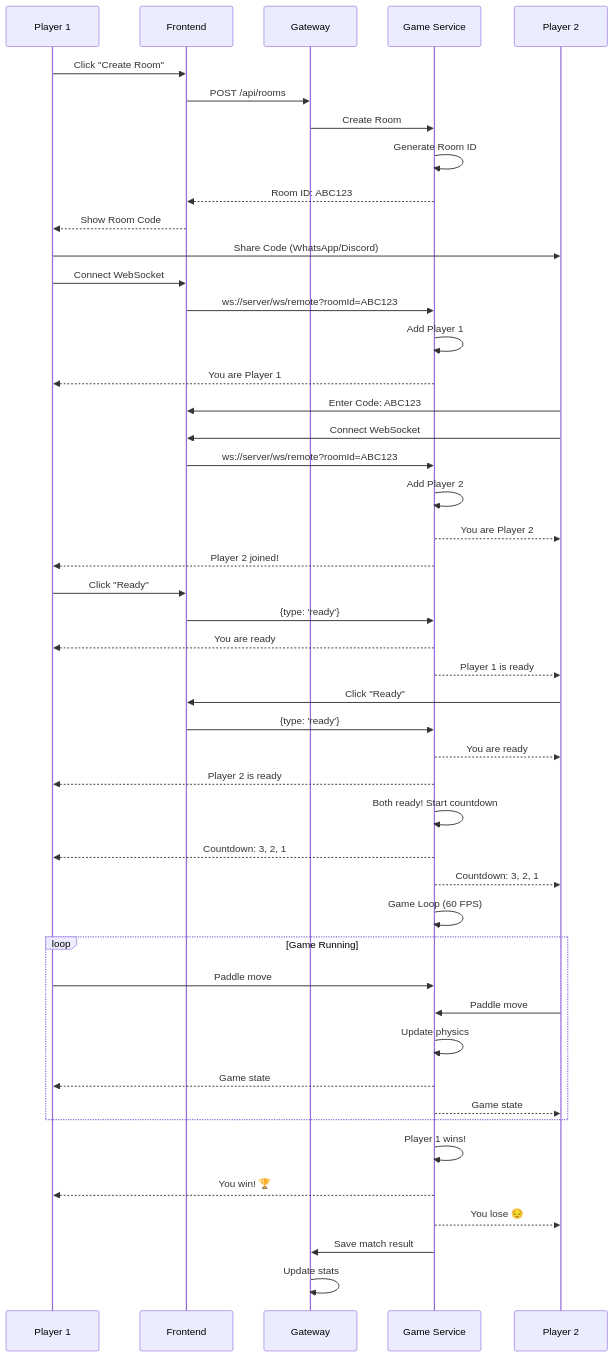
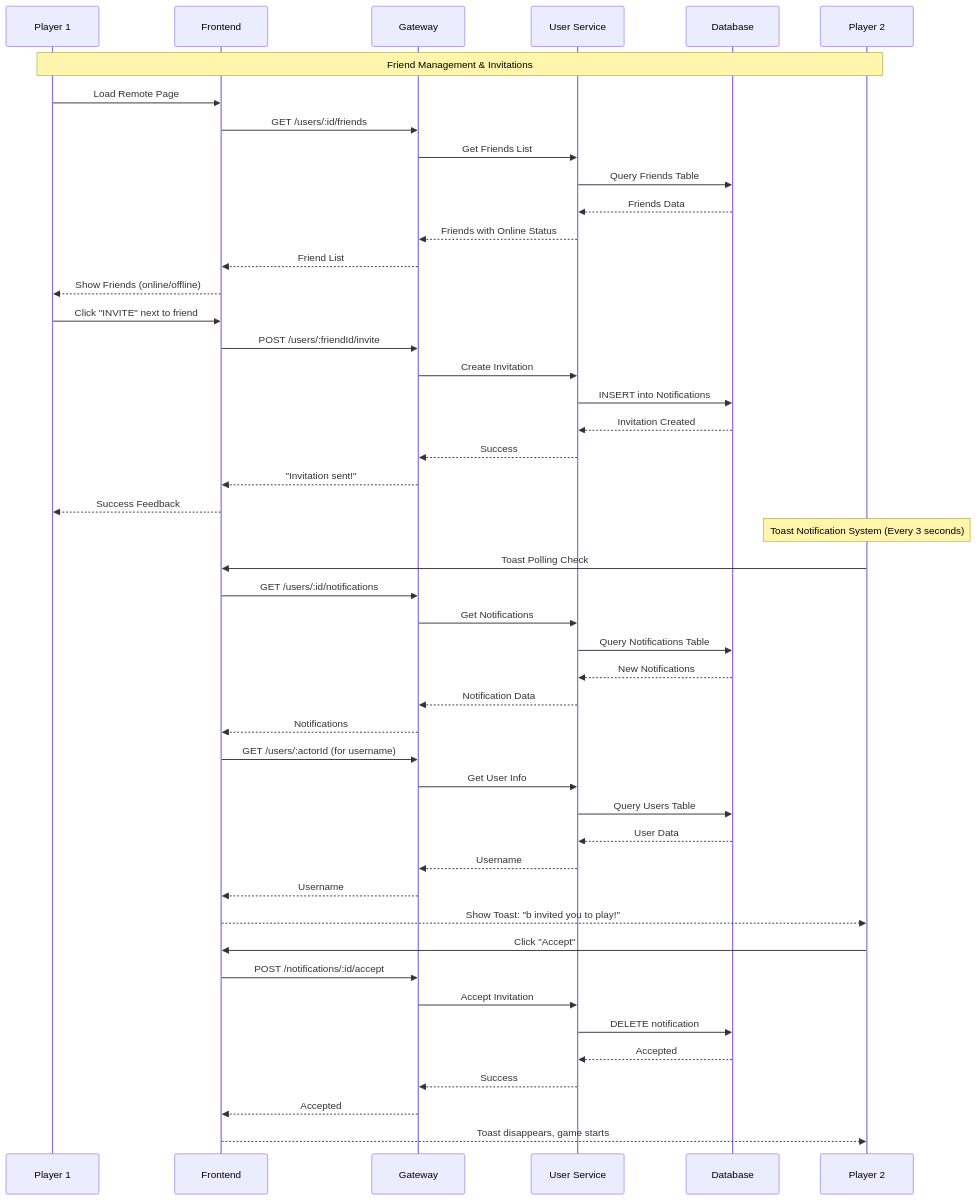
One commit to Zzzhenya/ft_transcnd changed the first of 2 diagrams in transcendence/docs/remote-player.md. Above: the diagram before and after it, drawn with Mermaid. The commit also changed other lines of this file, not shown here.

First line of the commit message:
docs(remote-player): comprehensive update with current status and TODO list

````diff
--- a/transcendence/docs/remote-player.md
+++ b/transcendence/docs/remote-player.md
@@ -265,59 +304,55 @@
 ```mermaid
 sequenceDiagram
     participant P1 as Player 1
     participant UI as Frontend
-    participant GW as Gateway
-    participant GS as Game Service
+    participant GW as Gateway  
+    participant US as User Service
+    participant DB as Database
     participant P2 as Player 2
     
-    P1->>UI: Click "Create Room"
-    UI->>GW: POST /api/rooms
-    GW->>GS: Create Room
-    GS->>GS: Generate Room ID
-    GS-->>UI: Room ID: ABC123
-    UI-->>P1: Show Room Code
+    Note over P1,P2: Friend Management & Invitations
     
-    P1->>P2: Share Code (WhatsApp/Discord)
+    P1->>UI: Load Remote Page
+    UI->>GW: GET /users/:id/friends
+    GW->>US: Get Friends List
+    US->>DB: Query Friends Table
+    DB-->>US: Friends Data
+    US-->>GW: Friends with Online Status
+    GW-->>UI: Friend List
+    UI-->>P1: Show Friends (online/offline)
     
-    P1->>UI: Connect WebSocket
-    UI->>GS: ws://server/ws/remote?roomId=ABC123
-    GS->>GS: Add Player 1
-    GS-->>P1: You are Player 1
+    P1->>UI: Click "INVITE" next to friend
+    UI->>GW: POST /users/:friendId/invite
+    GW->>US: Create Invitation
+    US->>DB: INSERT into Notifications
+    DB-->>US: Invitation Created
+    US-->>GW: Success
+    GW-->>UI: "Invitation sent!"
+    UI-->>P1: Success Feedback
     
-    P2->>UI: Enter Code: ABC123
-    P2->>UI: Connect WebSocket
-    UI->>GS: ws://server/ws/remote?roomId=ABC123
-    GS->>GS: Add Player 2
-    GS-->>P2: You are Player 2
-    GS-->>P1: Player 2 joined!
+    Note over P2: Toast Notification System (Every 3 seconds)
     
-    P1->>UI: Click "Ready"
-    UI->>GS: {type: 'ready'}
-    GS-->>P1: You are ready
-    GS-->>P2: Player 1 is ready
+    P2->>UI: Toast Polling Check
+    UI->>GW: GET /users/:id/notifications
+    GW->>US: Get Notifications
+    US->>DB: Query Notifications Table
+    DB-->>US: New Notifications
+    US-->>GW: Notification Data
+    GW-->>UI: Notifications
+    UI->>GW: GET /users/:actorId (for username)
+    GW->>US: Get User Info
+    US->>DB: Query Users Table
+    DB-->>US: User Data
+    US-->>GW: Username
+    GW-->>UI: Username
+    UI-->>P2: Show Toast: "b invited you to play!"
     
-    P2->>UI: Click "Ready"
-    UI->>GS: {type: 'ready'}
-    GS-->>P2: You are ready
-    GS-->>P1: Player 2 is ready
-    
-    GS->>GS: Both ready! Start countdown
-    GS-->>P1: Countdown: 3, 2, 1
-    GS-->>P2: Countdown: 3, 2, 1
-    
-    GS->>GS: Game Loop (60 FPS)
-    
-    loop Game Running
-        P1->>GS: Paddle move
-        P2->>GS: Paddle move
-        GS->>GS: Update physics
-        GS-->>P1: Game state
-        GS-->>P2: Game state
-    end
-    
-    GS->>GS: Player 1 wins!
-    GS-->>P1: You win! 🏆
-    GS-->>P2: You lose 😔
-    GS->>GW: Save match result
-    GW->>GW: Update stats
+    P2->>UI: Click "Accept"
+    UI->>GW: POST /notifications/:id/accept
+    GW->>US: Accept Invitation
+    US->>DB: DELETE notification
+    DB-->>US: Accepted
+    US-->>GW: Success
+    GW-->>UI: Accepted
+    UI-->>P2: Toast disappears, game starts
 ```
````
